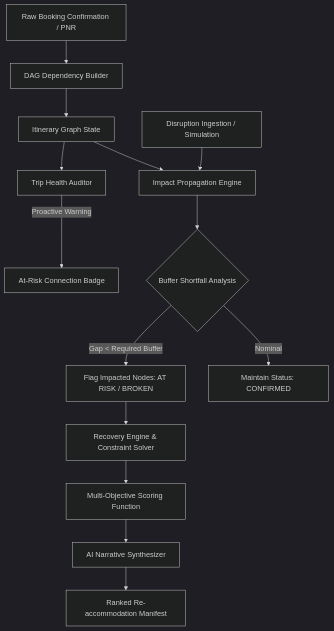
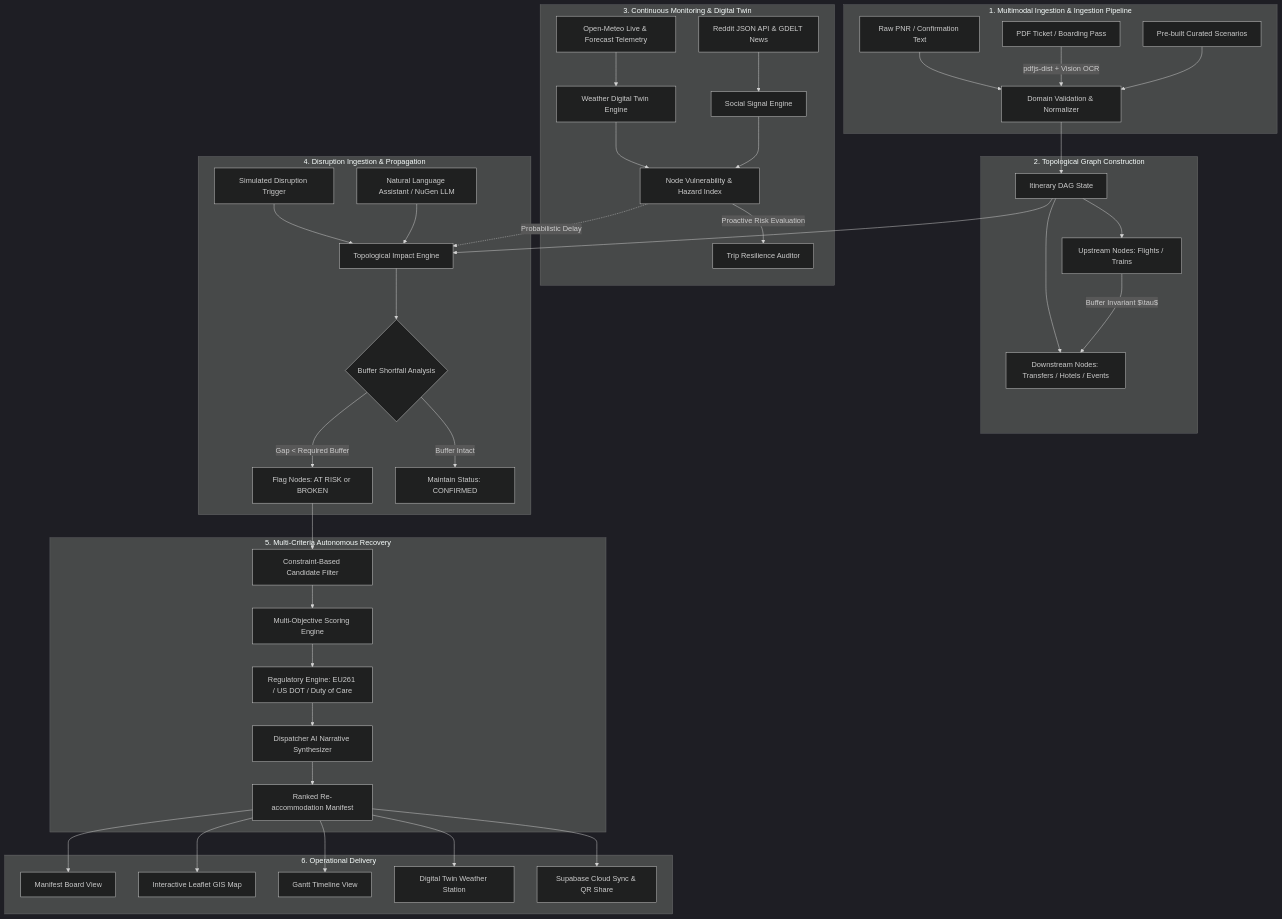
Before and after one commit to HanSolo456/planB: the diagram in README.md, drawn with Mermaid (dark theme). The commit also changed other lines of this file and 1 other file, not shown here.

````diff
--- a/README.md
+++ b/README.md
@@ -71,20 +80,48 @@
 ```mermaid
 flowchart TD
-    A[Raw Booking Confirmation / PNR] --> B[DAG Dependency Builder]
-    B --> C[Itinerary Graph State]
-    
-    C --> D[Trip Health Auditor]
-    D -->|Proactive Warning| E[At-Risk Connection Badge]
-    
-    F[Disruption Ingestion / Simulation] --> G[Impact Propagation Engine]
-    C --> G
-    
-    G --> H{Buffer Shortfall Analysis}
-    H -->|Gap < Required Buffer| I[Flag Impacted Nodes: AT RISK / BROKEN]
-    H -->|Nominal| J[Maintain Status: CONFIRMED]
-    
-    I --> K[Recovery Engine & Constraint Solver]
-    K --> L[Multi-Objective Scoring Function]
-    L --> M[AI Narrative Synthesizer]
-    M --> N[Ranked Re-accommodation Manifest]
+    subgraph Ingestion ["1. Multimodal Ingestion & Ingestion Pipeline"]
+        A1[Raw PNR / Confirmation Text] --> B[Domain Validation & Normalizer]
+        A2[PDF Ticket / Boarding Pass] -->|pdfjs-dist + Vision OCR| B
+        A3[Pre-built Curated Scenarios] --> B
+    end
+
+    subgraph StateGraph ["2. Topological Graph Construction"]
+        B --> C[Itinerary DAG State]
+        C --> D1[Upstream Nodes: Flights / Trains]
+        C --> D2[Downstream Nodes: Transfers / Hotels / Events]
+        D1 -->|Buffer Invariant $\tau$| D2
+    end
+
+    subgraph Monitoring ["3. Continuous Monitoring & Digital Twin"]
+        E1[Open-Meteo Live & Forecast Telemetry] --> F[Weather Digital Twin Engine]
+        E2[Reddit JSON API & GDELT News] --> G[Social Signal Engine]
+        F & G --> H[Node Vulnerability & Hazard Index]
+        H -->|Proactive Risk Evaluation| I[Trip Resilience Auditor]
+    end
+
+    subgraph Disruption ["4. Disruption Ingestion & Propagation"]
+        J1[Simulated Disruption Trigger] --> K[Topological Impact Engine]
+        J2[Natural Language Assistant / NuGen LLM] --> K
+        H -.->|Probabilistic Delay| K
+        C --> K
+        K --> L{Buffer Shortfall Analysis}
+        L -->|Gap < Required Buffer| M[Flag Nodes: AT RISK or BROKEN]
+        L -->|Buffer Intact| N[Maintain Status: CONFIRMED]
+    end
+
+    subgraph Recovery ["5. Multi-Criteria Autonomous Recovery"]
+        M --> O[Constraint-Based Candidate Filter]
+        O --> P[Multi-Objective Scoring Engine]
+        P --> Q[Regulatory Engine: EU261 / US DOT / Duty of Care]
+        Q --> R[Dispatcher AI Narrative Synthesizer]
+        R --> S[Ranked Re-accommodation Manifest]
+    end
+
+    subgraph Presentation ["6. Operational Delivery"]
+        S --> T1[Manifest Board View]
+        S --> T2[Interactive Leaflet GIS Map]
+        S --> T3[Gantt Timeline View]
+        S --> T4[Digital Twin Weather Station]
+        S --> T5[Supabase Cloud Sync & QR Share]
+    end
 ```
````
